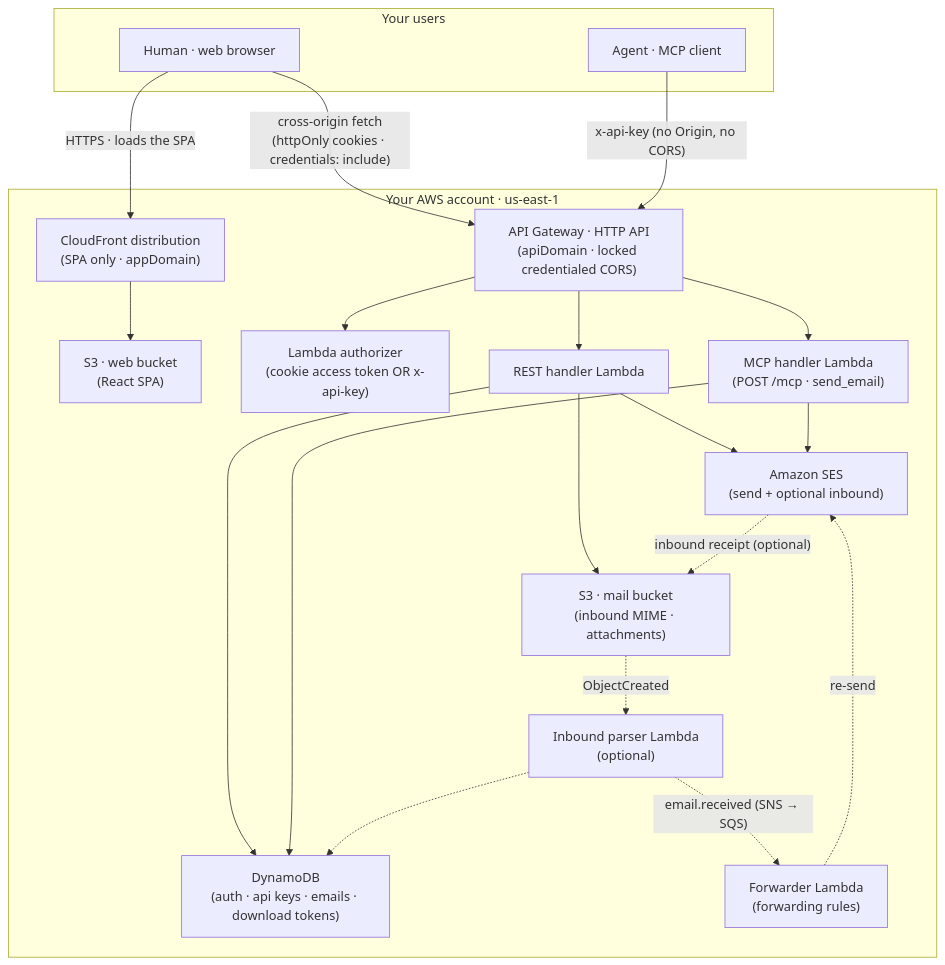
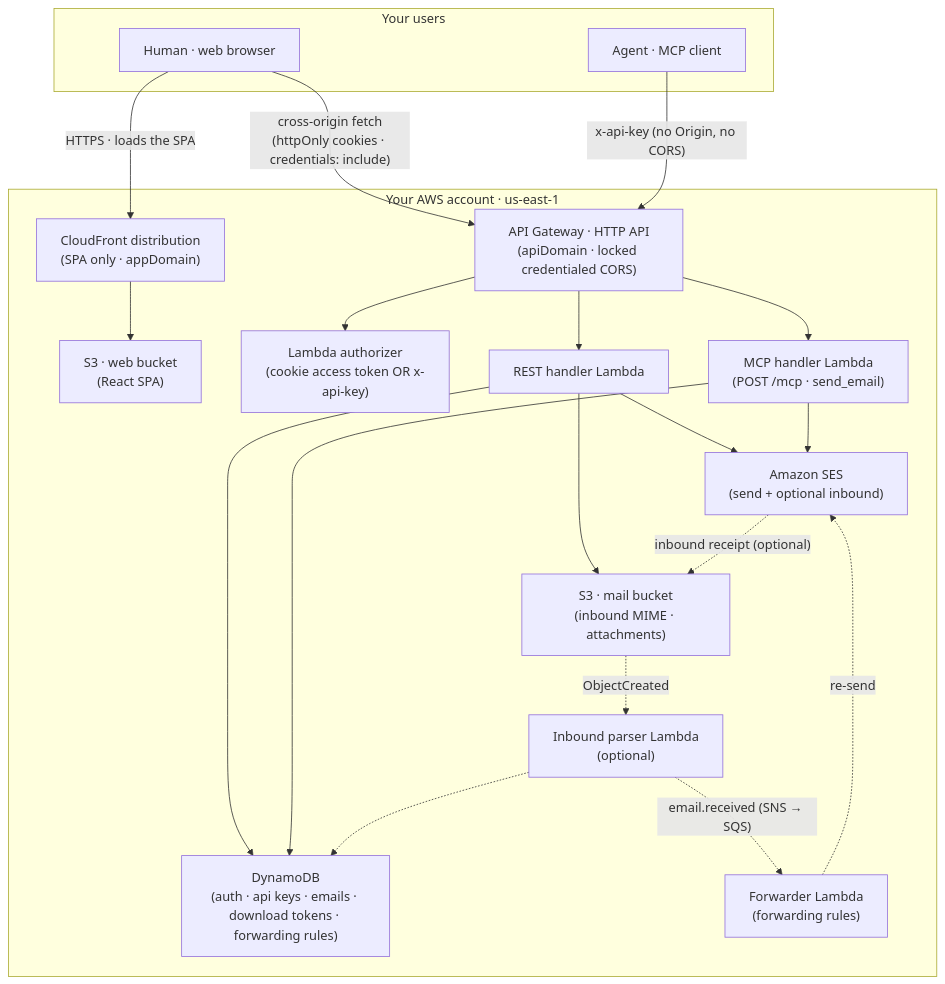
Before and after one commit to Nan0416/FreeMail: the diagram in README.md, drawn with Mermaid. The commit also changed 9 other files, not shown here.

````diff
--- a/README.md
+++ b/README.md
@@ -15,41 +15,41 @@
 ```mermaid
 flowchart TB
     subgraph User["Your users"]
         Browser["Human · web browser"]
         Agent["Agent · MCP client"]
     end
 
     subgraph AWS["Your AWS account · us-east-1"]
         CF["CloudFront distribution<br/>(SPA only · appDomain)"]
         S3web["S3 · web bucket<br/>(React SPA)"]
         API["API Gateway · HTTP API<br/>(apiDomain · locked credentialed CORS)"]
         Authz["Lambda authorizer<br/>(cookie access token OR x-api-key)"]
         Rest["REST handler Lambda"]
         Mcp["MCP handler Lambda<br/>(POST /mcp · send_email)"]
         SES["Amazon SES<br/>(send + optional inbound)"]
-        DDB["DynamoDB<br/>(auth · api keys · emails · download tokens)"]
+        DDB["DynamoDB<br/>(auth · api keys · emails · download tokens · forwarding rules)"]
         S3mail["S3 · mail bucket<br/>(inbound MIME · attachments)"]
         Parse["Inbound parser Lambda<br/>(optional)"]
         Fwd["Forwarder Lambda<br/>(forwarding rules)"]
     end
 
     Browser -->|"HTTPS · loads the SPA"| CF
     CF --> S3web
     Browser -->|"cross-origin fetch<br/>(httpOnly cookies · credentials: include)"| API
     Agent -->|"x-api-key (no Origin, no CORS)"| API
 
     API --> Authz
     API --> Rest
     API --> Mcp
     Rest --> SES
     Rest --> DDB
     Rest --> S3mail
     Mcp --> SES
     Mcp --> DDB
 
     SES -.->|"inbound receipt (optional)"| S3mail
     S3mail -.->|"ObjectCreated"| Parse
     Parse -.-> DDB
     Parse -.->|"email.received (SNS → SQS)"| Fwd
     Fwd -.->|"re-send"| SES
 ```
````
